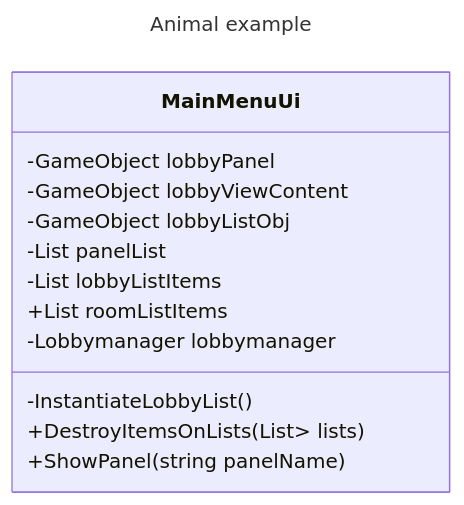
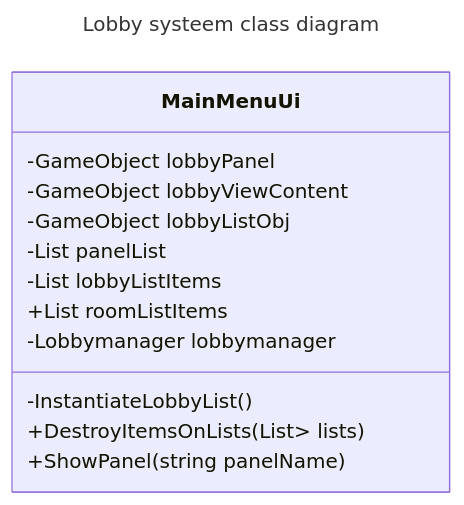
The third of 4 diagrams in README.md (T3rabyte/Examen), drawn with Mermaid before and after one commit.

````diff
--- a/README.md
+++ b/README.md
@@ -67,18 +67,18 @@
 ```mermaid
 ---
-title: Animal example
+title: Lobby systeem class diagram
 ---
 classDiagram
     class MainMenuUi{
         -GameObject lobbyPanel
         -GameObject lobbyViewContent
         -GameObject lobbyListObj
         -List<GameObject> panelList
         -List<GameObject> lobbyListItems
         +List<GameObject> roomListItems
         -Lobbymanager lobbymanager
         -InstantiateLobbyList()
         +DestroyItemsOnLists(List<List<GameObjects>> lists)
         +ShowPanel(string panelName)
     }
 ```
````
